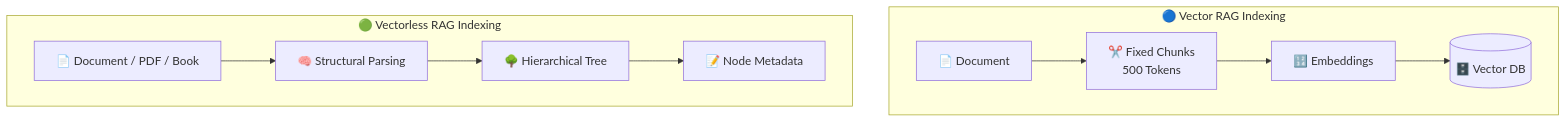
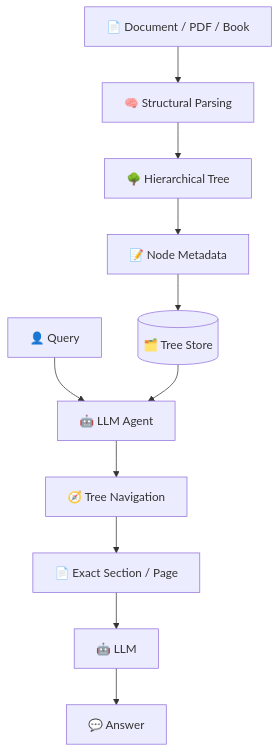
The third of 16 diagrams in Lecture 18 - Vectorless RAG and LLM Wiki/notes/Lecture_18_Complete_Notes.md (Amie-dev/FDE-and-GenAI-Mastery), drawn with Mermaid before and after one commit. The commit also changed other lines of this file and 6 other files, not shown here.

First line of the commit message:
Enhance Lecture 18 notes on Vectorless RAG and LLM Wiki

````diff
--- a/Lecture 18 - Vectorless RAG and LLM Wiki/notes/Lecture_18_Complete_Notes.md
+++ b/Lecture 18 - Vectorless RAG and LLM Wiki/notes/Lecture_18_Complete_Notes.md
@@ -87,15 +118,14 @@
 ```mermaid
 flowchart TD
-    subgraph VR["🔵 Vector RAG Indexing"]
-        VDoc["📄 Document"]
-        VDoc --> VChunk["✂️ Fixed Chunks<br/>500 Tokens"]
-        VChunk --> VEmbed["🔢 Embeddings"]
-        VEmbed --> VDB[("🗄️ Vector DB")]
-    end
-    subgraph VL["🟢 Vectorless RAG Indexing"]
-        PDoc["📄 Document / PDF / Book"]
-        PDoc --> Parse["🧠 Structural Parsing"]
-        Parse --> Tree["🌳 Hierarchical Tree"]
-        Tree --> Meta["📝 Node Metadata"]
-    end
+    PDoc["📄 Document / PDF / Book"]
+    PDoc --> Parse["🧠 Structural Parsing"]
+    Parse --> Tree["🌳 Hierarchical Tree"]
+    Tree --> Meta["📝 Node Metadata"]
+    Meta --> STORE[("🗂️ Tree Store")]
+    Q["👤 Query"] --> AGENT["🤖 LLM Agent"]
+    STORE --> AGENT
+    AGENT --> NAV["🧭 Tree Navigation"]
+    NAV --> EX["📄 Exact Section / Page"]
+    EX --> LLM["🤖 LLM"]
+    LLM --> ANSWER["💬 Answer"]
 ```
````
